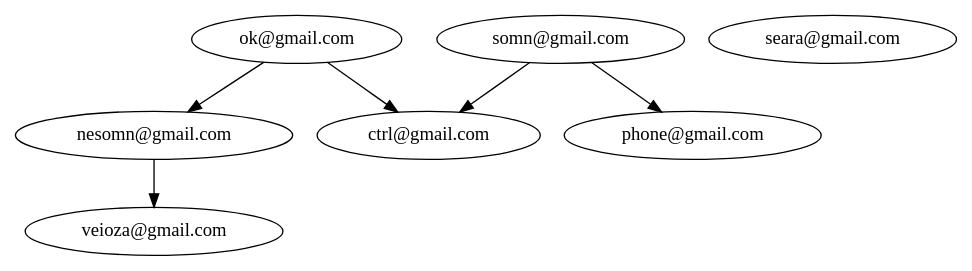
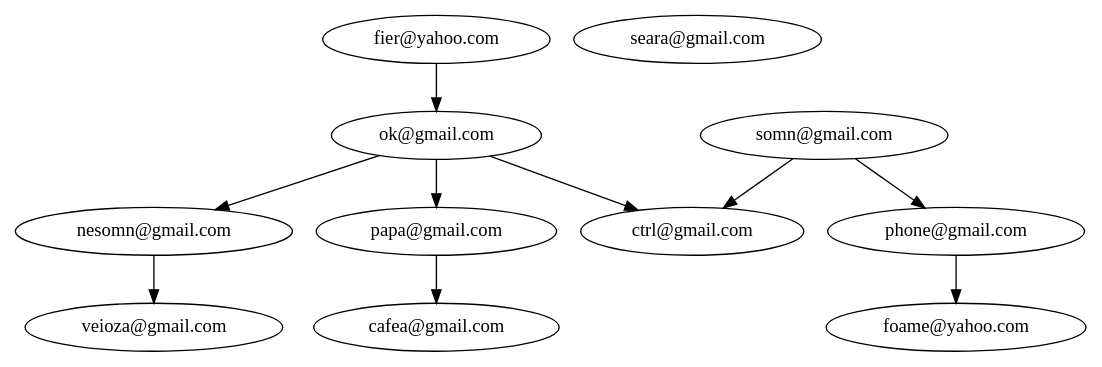
Before and after one commit to PopaBiancaStefana/QuizzApp: the diagram in proiectJAVA/quiz/src/main/resources/network.dot, drawn with Graphviz. The commit also changed 14 other files, not shown here.

```diff
--- a/proiectJAVA/quiz/src/main/resources/network.dot
+++ b/proiectJAVA/quiz/src/main/resources/network.dot
@@ -1,14 +1,22 @@
 strict digraph G {
-  1 [ label="ok@gmail.com" ];
-  2 [ label="somn@gmail.com" ];
-  3 [ label="nesomn@gmail.com" ];
-  4 [ label="seara@gmail.com" ];
-  5 [ label="veioza@gmail.com" ];
-  6 [ label="phone@gmail.com" ];
-  7 [ label="ctrl@gmail.com" ];
-  1 -> 3;
-  1 -> 7;
-  2 -> 6;
-  2 -> 7;
-  3 -> 5;
+  1 [ label="fier@yahoo.com" ];
+  2 [ label="ok@gmail.com" ];
+  3 [ label="somn@gmail.com" ];
+  4 [ label="nesomn@gmail.com" ];
+  5 [ label="seara@gmail.com" ];
+  6 [ label="veioza@gmail.com" ];
+  7 [ label="phone@gmail.com" ];
+  8 [ label="papa@gmail.com" ];
+  9 [ label="ctrl@gmail.com" ];
+  10 [ label="cafea@gmail.com" ];
+  11 [ label="foame@yahoo.com" ];
+  1 -> 2;
+  2 -> 4;
+  2 -> 8;
+  2 -> 9;
+  3 -> 7;
+  3 -> 9;
+  4 -> 6;
+  7 -> 11;
+  8 -> 10;
 }
```
